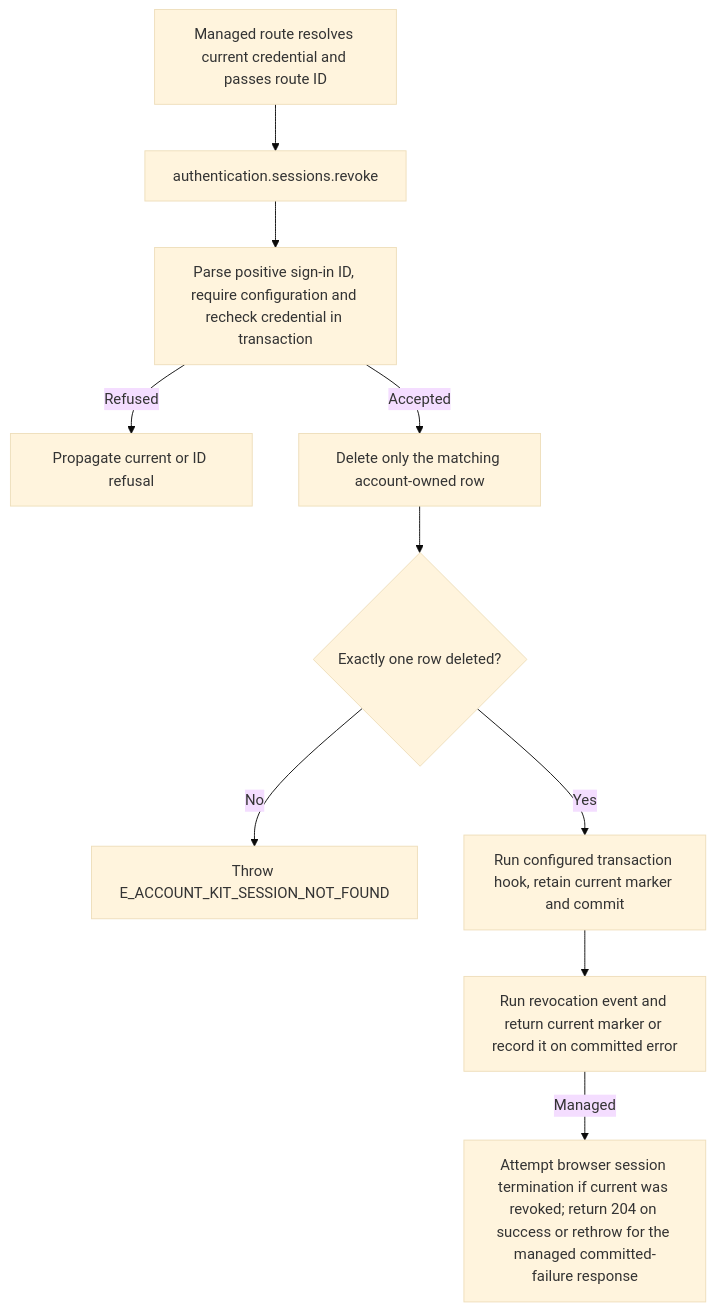
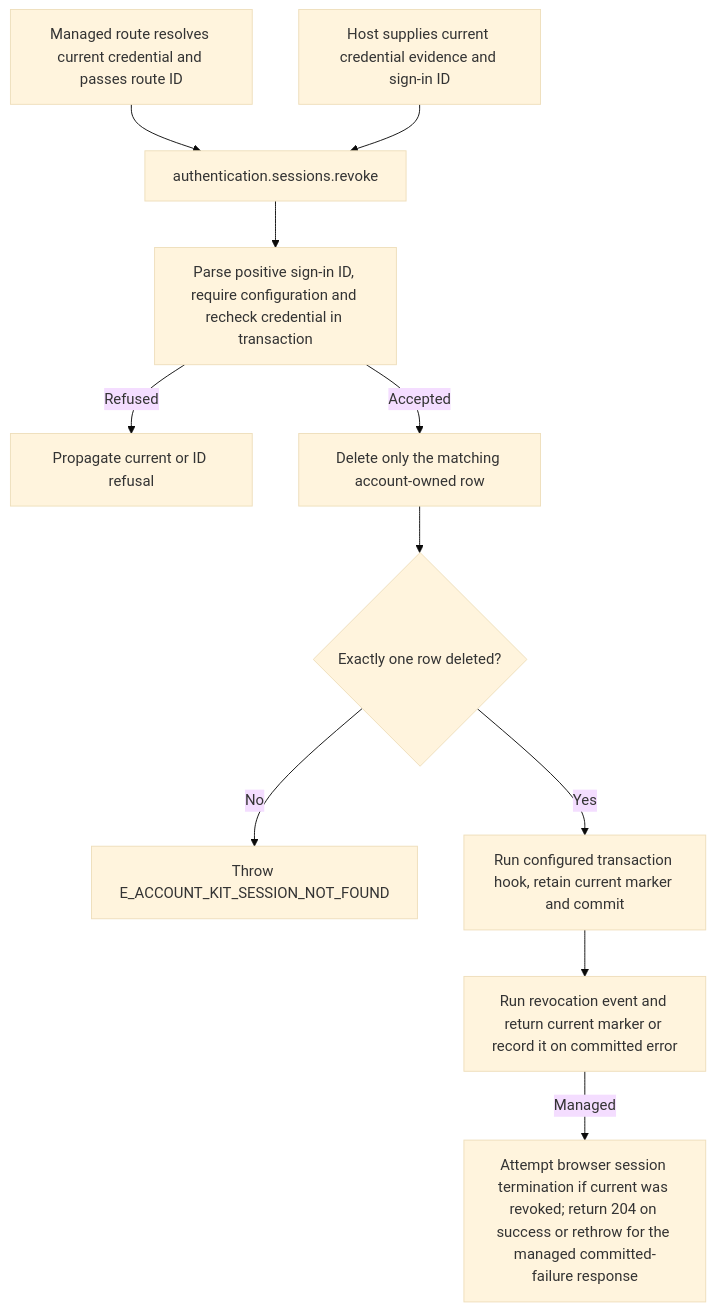
One commit to Kevinjohn/oss-adonisjs-account-kit changed the second of 2 diagrams in user-stories/US-ACCOUNT-15-revoke-device.md. Above: the diagram before and after it, drawn with Mermaid (base theme). The commit also changed 42 other files, not shown here.

````diff
--- a/user-stories/US-ACCOUNT-15-revoke-device.md
+++ b/user-stories/US-ACCOUNT-15-revoke-device.md
@@ -32,12 +32,13 @@
 ```mermaid
 flowchart TD
   M["Managed route resolves current credential and passes route ID"] --> A["authentication.sessions.revoke"]
+  H0["Host supplies current credential evidence and sign-in ID"] --> A
   A --> B["Parse positive sign-in ID, require configuration and recheck credential in transaction"]
   B -->|Refused| X["Propagate current or ID refusal"]
   B -->|Accepted| C["Delete only the matching account-owned row"]
   C --> D{"Exactly one row deleted?"}
   D -->|No| E["Throw E_ACCOUNT_KIT_SESSION_NOT_FOUND"]
   D -->|Yes| F["Run configured transaction hook, retain current marker and commit"]
   F --> G["Run revocation event and return current marker or record it on committed error"]
   G -->|Managed| H["Attempt browser session termination if current was revoked; return 204 on success or rethrow for the managed committed-failure response"]
 ```
````
